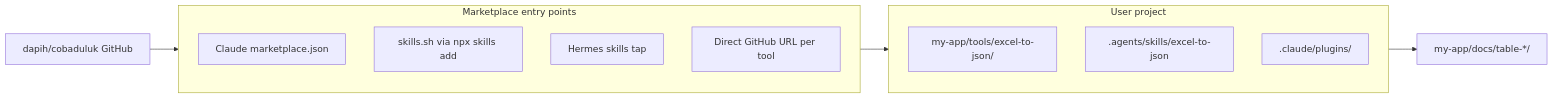
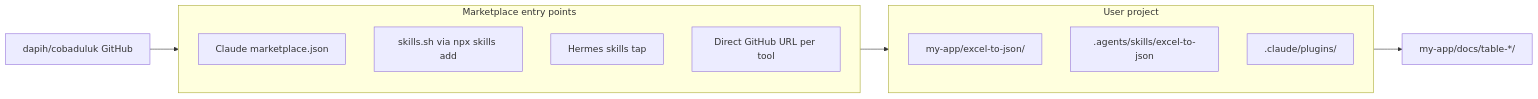
Before and after one commit to dapih/cobaduluk: the diagram in design/plans/cross-tool-skills-migration.md, drawn with Mermaid. The commit also changed other lines of this file and 24 other files, not shown here.

First line of the commit message:
refactor(install): default clone path excel-to-json at project root

````diff
--- a/design/plans/cross-tool-skills-migration.md
+++ b/design/plans/cross-tool-skills-migration.md
@@ -83,18 +83,18 @@
 ```mermaid
 flowchart LR
   github[dapih/cobaduluk GitHub]
   subgraph marketplaces [Marketplace entry points]
     claudeMkt[Claude marketplace.json]
     skillsSh[skills.sh via npx skills add]
     hermesTap[Hermes skills tap]
     ghRaw[Direct GitHub URL per tool]
   end
   subgraph installed [User project]
-    nested[my-app/tools/excel-to-json/]
+    nested[my-app/excel-to-json/]
     skillDir[.agents/skills/excel-to-json]
     claudePlugin[.claude/plugins/]
   end
   github --> marketplaces
   marketplaces --> installed
   installed --> jobs[my-app/docs/table-*/]
 ```
````
